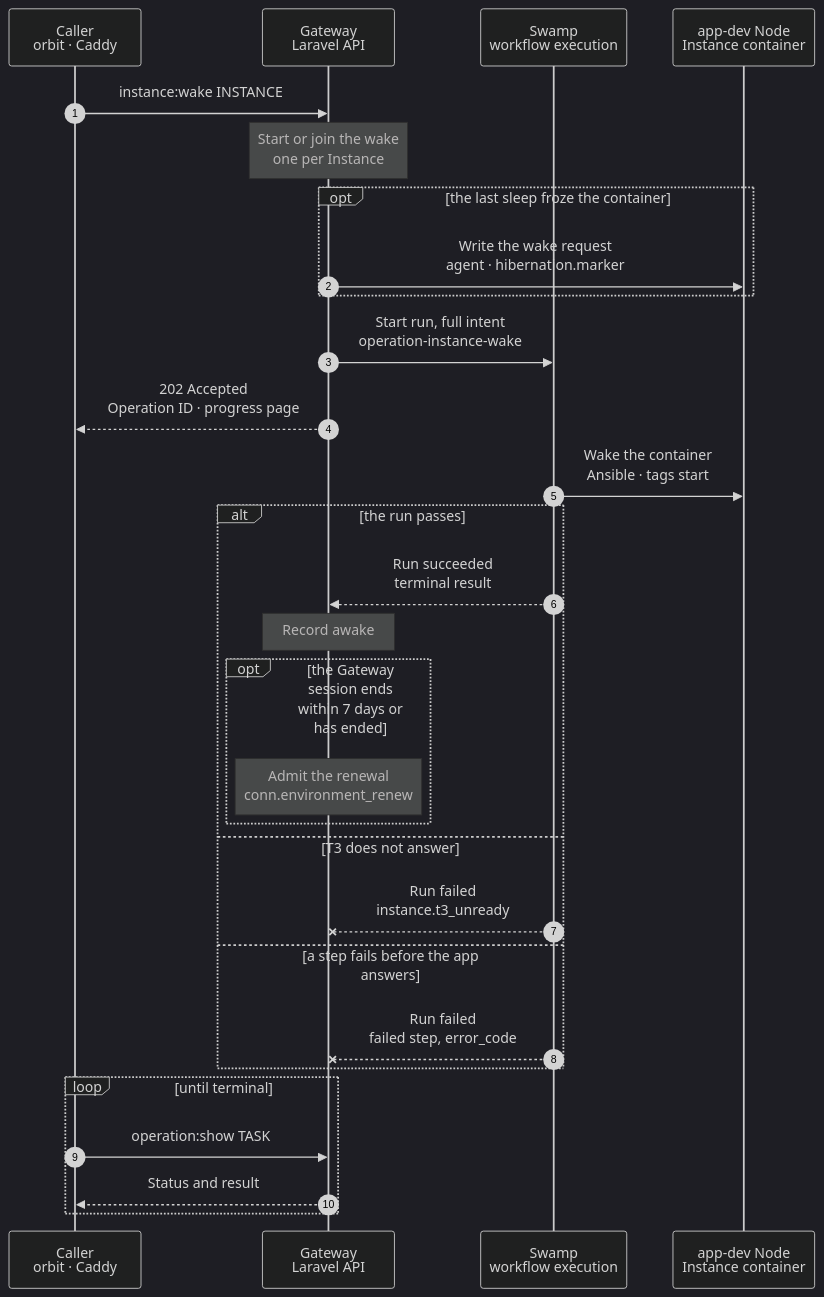
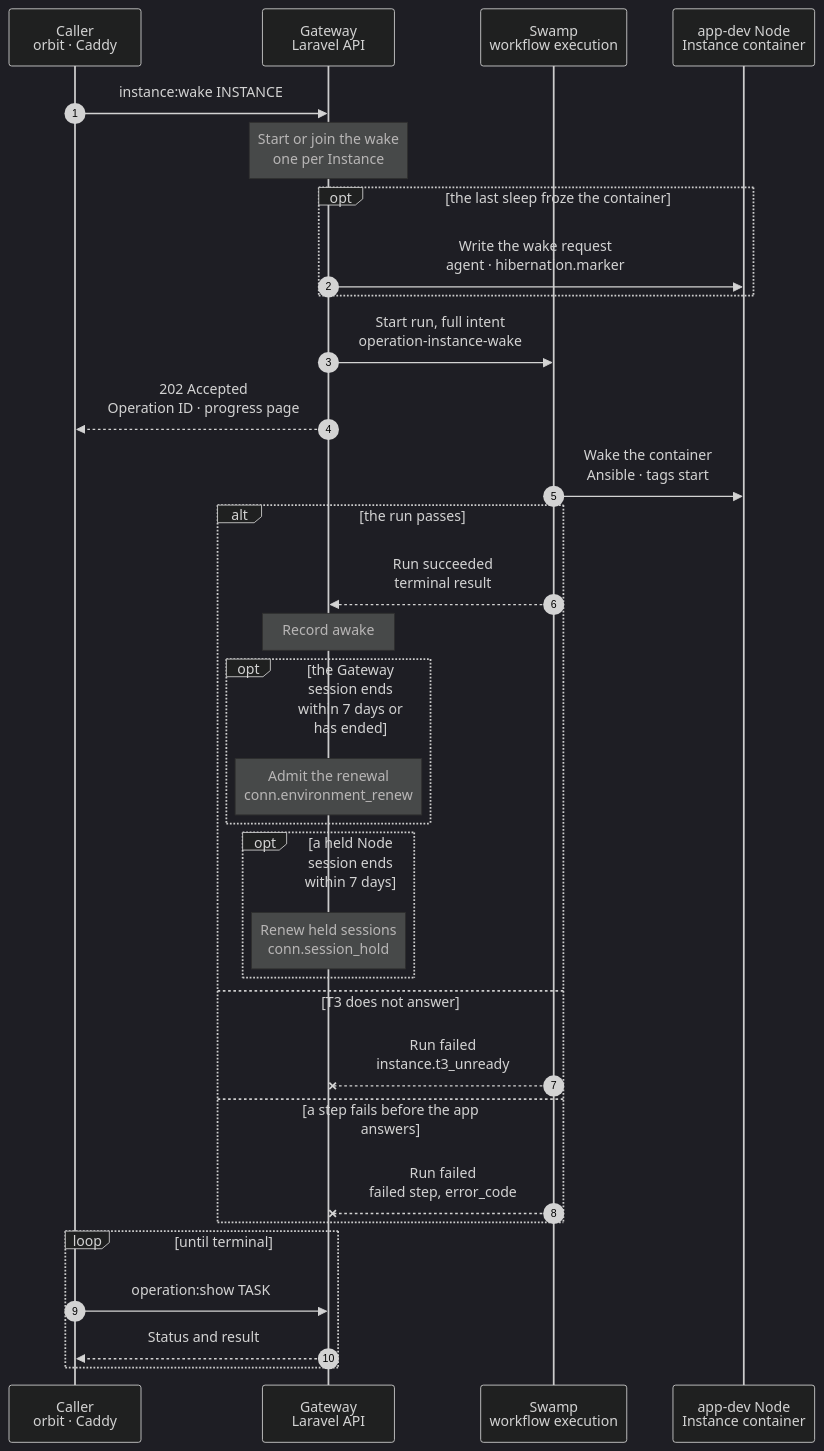
The diagram in docs/cli/instance/wake.mmd (hardimpactdev/orbit), drawn with Mermaid (dark theme) before and after one commit. The commit also changed 9 other files, not shown here.

First line of the commit message:
docs(conn): spec the session the Gateway holds for each Node on container T3 servers

```diff
--- a/docs/cli/instance/wake.mmd
+++ b/docs/cli/instance/wake.mmd
@@ -1,112 +1,119 @@
 sequenceDiagram
   %% Container runtime (ADR 0250 step 8, docs/reference/development-containers.md#sleep-and-wake): resume a sleeping development container, or start one that was stopped. A request to its Route admits the same kind through the runtime activation endpoint of docs/reference/app-dev-runtime-hibernation.md#wake.
   %% status: draft
   %% command: instance:wake
   %% kind: instance.wake
   autonumber
   %% lane CL icon=terminal pill=caller tone=gray
   %% lane GW icon=gateway pill=intent tone=blue
   %% lane SW icon=workflow pill=executes tone=green
   %% lane N icon=server pill=target tone=amber
   participant CL as Caller<br/>orbit · Caddy
   participant GW as Gateway<br/>Laravel API
   participant SW as Swamp<br/>workflow execution
   participant N as app-dev Node<br/>Instance container
   CL->>GW: instance:wake INSTANCE
   %%> Command:
   %%> - `orbit instance:wake INSTANCE`
   %%> - syntax: `<instance-id> [--json]`
   %%> Callers:
   %%> - the command
   %%> - Caddy on the Instance's Node, when a request finds the asleep marker: `GET runtime-activations/app-instance/ID`
   %%> - planned: a Conn device that opens the T3 server, and the task flow before a turn on an attached Instance
   %%> - a deployment of a sleeping default starts it in its own run instead
   %%> Requirements:
   %%> - the caller is the Instance's Node or has node access to it
   Note over GW: Start or join the wake<br/>one per Instance
   %%> When:
   %%> - an active development container that is not a nested-fleet Instance
   %%> - a clone of a nested-fleet default takes its start instead: see instance/start.mmd
   %%> Result:
   %%> - an open wake of the Instance is joined: a second caller gets the same Operation, Caddy the same progress page
   %%> - after a failed wake, Caddy gets the failure page with Try again until a retry or the command starts a new wake
   %%> On failure:
   %%> - no container, a nested-fleet Instance or other lifecycle work starts no run
   opt the last sleep froze the container
     %% path: resume
     GW->>N: Write the wake request<br/>agent · hibernation.marker
     %%> What it does:
     %%> - the Operation is recorded without its run; the Node calls run after its commit
     %%> - the frozen agent's `hibernation.marker` writes `/dev/shm/orbit/hibernation/app-instance-<id>.wake`; only root writes in that folder
     %%> - the app-dev role's script, started by a systemd path unit, acts only on `instance-<id>` of `orbit-instances` found Frozen with its asleep marker and a request under 1 s old: `incus resume`, `memory.swap.max` 0, one request to FrankenPHP for an answer below 500 (1.5 s at most), then it removes the marker, writes `app-instance-<id>.resumed`, and rebuilds a stale library cache and CA bundle as the run does
     %%> - the Gateway reads the request folder and the marker with `hibernation.times` until the resume shows, within 3 s
     %%> Why:
     %%> - measured on a frozen clone: the resume takes 0.02 s and the web probe 0.4 s, but the run's start-up and playbook took 8-13 s of the 9-19 s a visitor waited
     %%> - the agent stays frozen (ADR 0253): two of its existing commands carry the request and the answer
     %%> Result:
     %%> - resumed: the Operation succeeds here with `wake: resumed`, `trigger_seconds` and `confirm_seconds`; `power_state` is `running`; Conn's renewal below runs as after a run
     %%> - Caddy gets 307 to the same path: the browser sends the request again, with its method and body, and gets the app
     %%> - an API caller gets 202 with the ended Operation
     %%> - a caller who joins this wake waits for it up to the bound, then gets the same answer
     %%> On failure:
     %%> - the Node has no script (its first read also asks for it; the Node then skips this path for 10 minutes), the script declined (another state, FrankenPHP silent), an agent call or the Gateway failed, or the bound passed: the Gateway removes the request, and the same Operation starts the run below
     %%> - a Gateway worker that dies here: a delayed start runs the same Operation's run 15 s later
     %%> - a cancel during the resume keeps the Operation cancelled
   end
   GW->>SW: Start run, full intent<br/>operation-instance-wake
   GW-->>CL: 202 Accepted<br/>Operation ID · progress page
   SW->>N: Wake the container<br/>Ansible · tags start
   %%> What it does:
   %%> - Frozen: `incus resume`, `memory.swap.max` back to 0, FrankenPHP gets 10 tries 1 s apart; nothing boots and nothing converges, `wake: resumed`
   %%> - Frozen and FrankenPHP silent: `incus stop --force`, then the boot below, `wake: restarted_after_resume`
   %%> - Stopped (after a host reboot or a sleep that fell back to a stop): the boot below, `wake: started`
   %%> - Running (after a reboot with `boot.autostart`): no start and no resume, `wake: already_running`
   %%> - a Frozen container without the marker is resumed; the result says `marker_found: false`
   %%> - boot: `incus start`; nftables, T3, FrankenPHP and the enabled Process units start with the container
   %%> - waits until each desired-running unit is active, then until FrankenPHP answers, else `instance.web_unready`
   %%> - a 5xx answer gets up to 5 s to clear; an app that answers 5xx by itself is then served as it is
   %%> - removes the asleep marker, so Caddy sends the next request to the app
   %%> - then rebuilds the container's library cache with `ldconfig -X` when it lacks a soname of the runtime folder (a converge cannot exec in a frozen container); a failed check fails nothing
   %%> - then runs `update-ca-certificates` when the CA bundle lacks the container's Orbit root (the converge writes the root's file, but a frozen container refuses the exec); a container without the file skips it
   %%> - then waits up to 30 s for T3's environment endpoint in a clone, else `instance.t3_unready`
   %%> Why:
   %%> - one playbook: a second Ansible start costs about 4 s on the visitor's path
   %%> - the visitor waits for the app, not for T3; T3 gates only the Operation's end
   %%> - unit enablement holds each Process's desired state, so a stopped Process stays stopped
   %%> When:
   %%> - the marker part runs only in a start whose intent names the marker; a deployment's start has none
   alt the run passes
     %% path: main
     SW-->>GW: Run succeeded<br/>terminal result
     Note over GW: Record awake
     %%> Result:
     %%> - the runtime's `power_state` is `running`; the Conn layer shows the T3 server awake
     %%> - the result names the path, `marker_found`, and a resume's `resume_seconds` and `web_probe_seconds`
     %%> - the progress page loads the original path
     opt the Gateway session ends within 7 days or has ended
       Note over GW: Admit the renewal<br/>conn.environment_renew
       %%> When:
       %%> - after the wake's transaction; it never fails the wake
       %%> What it does:
       %%> - see conn/environment-renew.mmd; the run needs no old session, so a session that ended during the sleep renews too
     end
+    opt a held Node session ends within 7 days
+      Note over GW: Renew held sessions<br/>conn.session_hold
+      %%> When:
+      %%> - after the wake's transaction, while the Gateway session has not ended; it never fails the wake
+      %%> What it does:
+      %%> - see conn/session-hold.mmd: one renewal per held session that ends within seven days
+    end
   else T3 does not answer
     %% path: t3-unready
     SW--xGW: Run failed<br/>instance.t3_unready
     %%> Result:
     %%> - the Operation fails; the marker is gone and the Route serves the app
     %%> - the runtime's `power_state` is `running`, because the container runs
     %%> Retry:
     %%> - the same command; a start of a running container changes nothing
   else a step fails before the app answers
     %% path: failed
     SW--xGW: Run failed<br/>failed step, error_code
     %%> Result:
     %%> - the asleep marker stays; the Route shows the failure page with Try again
     %%> Retry:
     %%> - Try again or the same command; a start of a running container changes nothing
   end
   loop until terminal
     CL->>GW: operation:show TASK
     GW-->>CL: Status and result
   end
```
